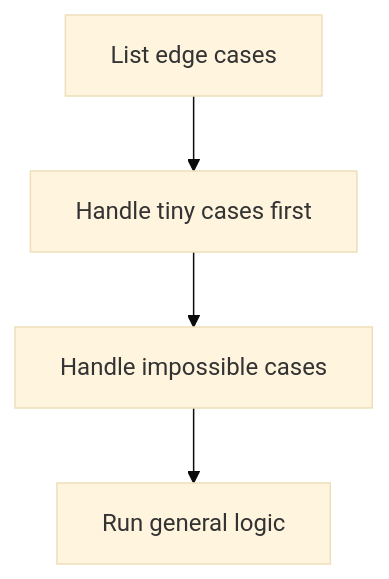
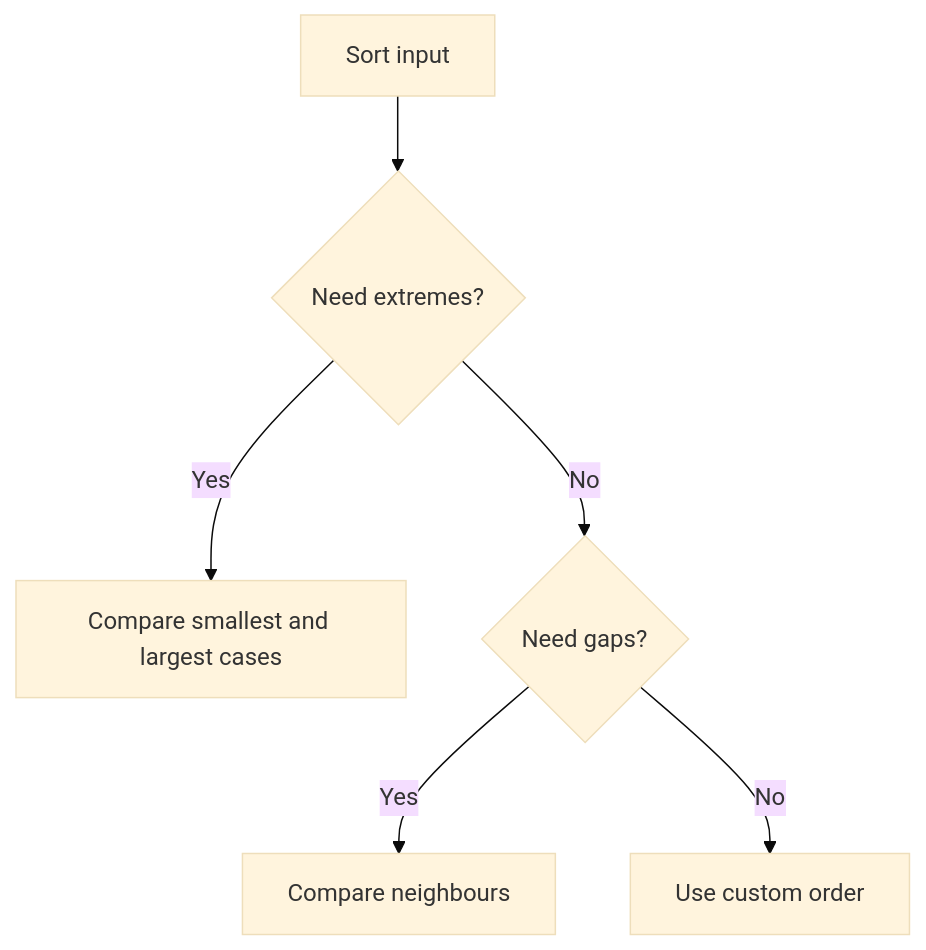
Before and after one commit to mthaiseer/springcloud-systemdesign-notes: diagram 19 of 23 in CP_DSA_NOTES/001_TOPIC_WISE/013_ADHOC_PROBLEMS.md, drawn with Mermaid (base theme). The commit also changed other lines of this file and 1 other file, not shown here.

````diff
--- a/CP_DSA_NOTES/001_TOPIC_WISE/013_ADHOC_PROBLEMS.md
+++ b/CP_DSA_NOTES/001_TOPIC_WISE/013_ADHOC_PROBLEMS.md
@@ -1532,6 +1523,8 @@
 ```mermaid
 flowchart TD
-    A["List edge cases"] --> B["Handle tiny cases first"]
-    B --> C["Handle impossible cases"]
-    C --> D["Run general logic"]
+    A["Sort input"] --> B{"Need extremes?"}
+    B -->|Yes| C["Compare smallest and largest cases"]
+    B -->|No| D{"Need gaps?"}
+    D -->|Yes| E["Compare neighbours"]
+    D -->|No| F["Use custom order"]
 ```
````
